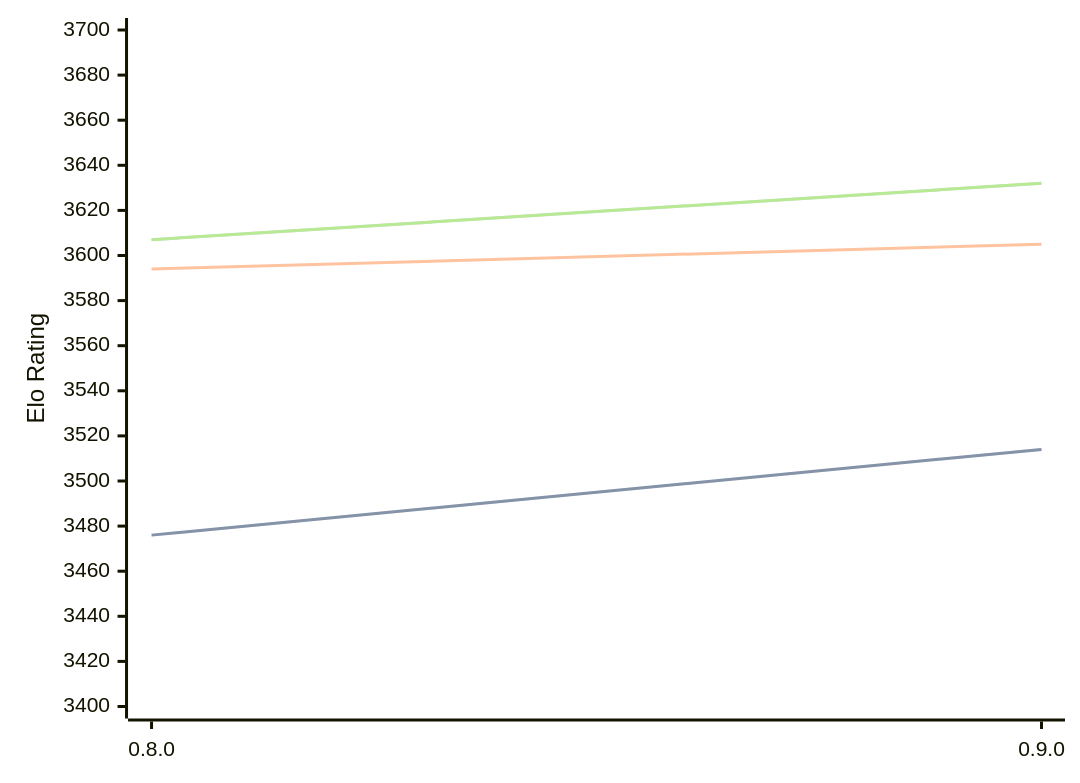
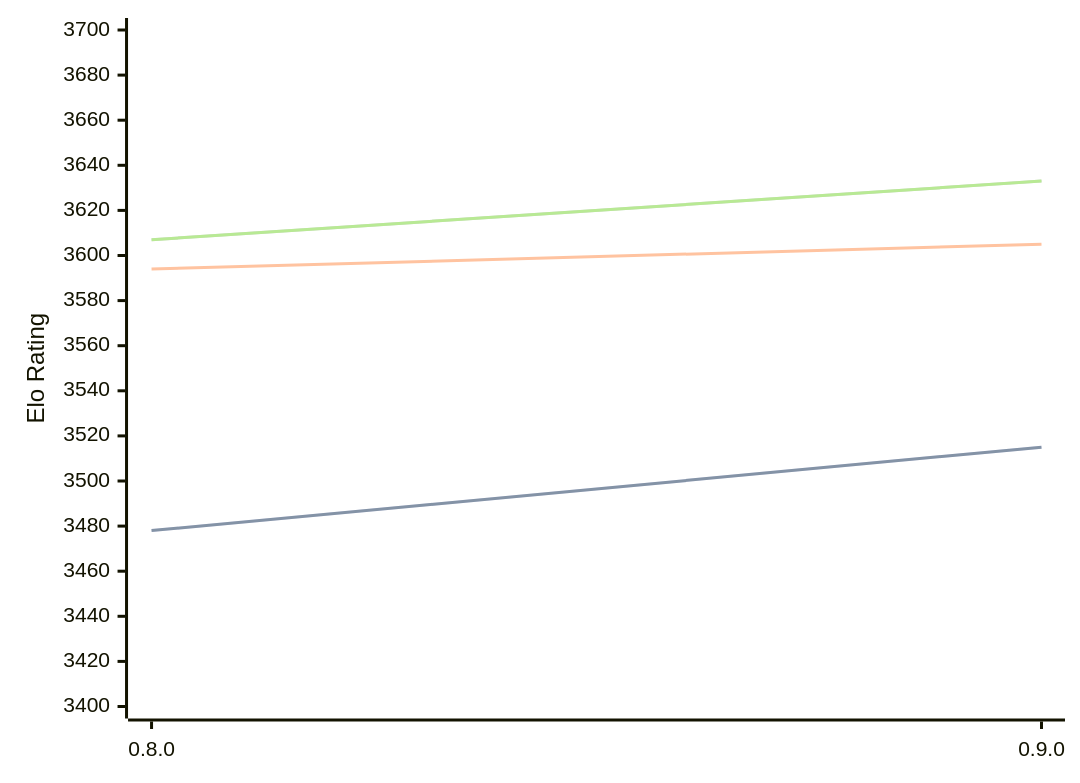
Before and after one commit to computer-chess-index/cci: the diagram in engines/Reckless.md, drawn with Mermaid. The commit also changed other lines of this file, not shown here.

Commit message:
Update CCI Ratings (ELO VLTC) - 2026-04-24

````diff
--- a/engines/Reckless.md
+++ b/engines/Reckless.md
@@ -39,11 +39,11 @@
 ```mermaid
 %%{init: {"theme":"base","themeVariables":{"seriesColors:['#a3a3a3','#222221','#faa371']}}}%%
 xychart-beta
   x-axis ["0.8.0", "0.9.0"]
   y-axis "Elo Rating" 3400 --> 3700
-  line "STC (8.0+0.08s)" [3476, 3514]
-  line "STC (8.0+0.08s)" [3476, 3514]
+  line "STC (8.0+0.08s)" [3478, 3515]
+  line "STC (8.0+0.08s)" [3478, 3515]
   line "LTC (60.0+0.60s)" [3594, 3605]
-  line "VLTC (2m24s+1.12s)" [3607, 3632]
-  line "VLTC (2m24s+1.12s)" [3607, 3632]
+  line "VLTC (2m24s+1.12s)" [3607, 3633]
+  line "VLTC (2m24s+1.12s)" [3607, 3633]
 ```
````
